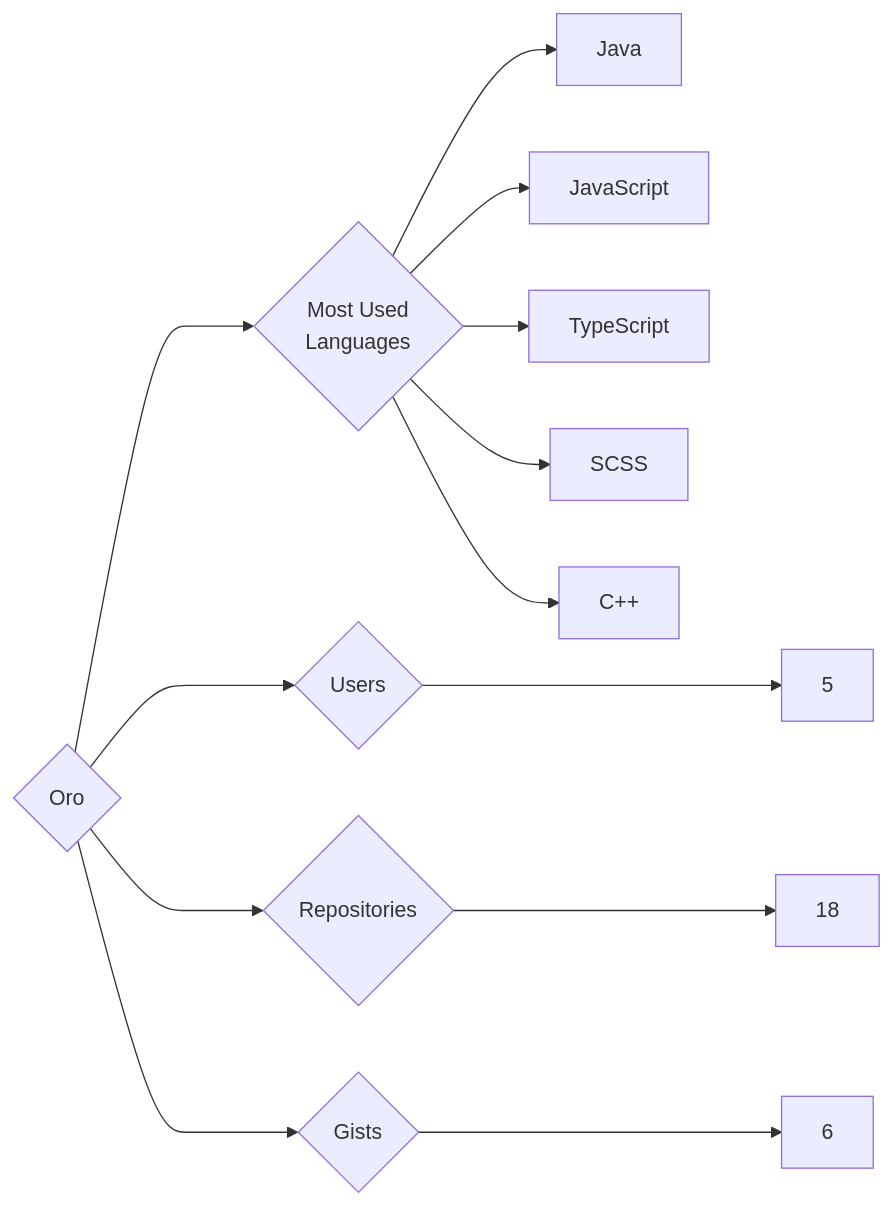
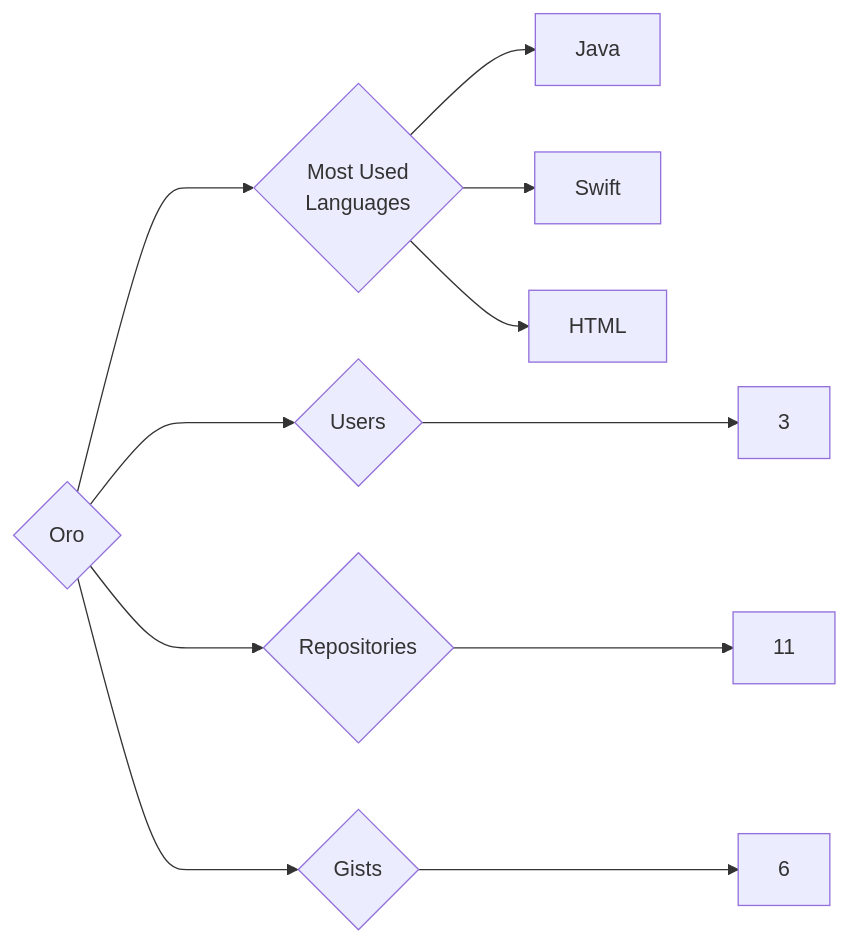
One commit to trickest/insiders changed the diagram in targets/Oro/README.md. Above: the diagram before and after it, drawn with Mermaid. The commit also changed 1248 other files, not shown here.

````diff
--- a/targets/Oro/README.md
+++ b/targets/Oro/README.md
@@ -3,13 +3,11 @@
 ```mermaid
 graph LR
 COMPANY_NAME{Oro}
-COMPANY_NAME ---> U{Users} ---> UN[5]
-COMPANY_NAME ---> R{Repositories} ---> RN[18]
+COMPANY_NAME ---> U{Users} ---> UN[3]
+COMPANY_NAME ---> R{Repositories} ---> RN[11]
 COMPANY_NAME ---> G{Gists} ---> GN[6]
 COMPANY_NAME ---> ML{Most Used<br>Languages}
 ML --> Java[Java]
-ML --> JavaScript[JavaScript]
-ML --> TypeScript[TypeScript]
-ML --> SCSS[SCSS]
-ML --> C++[C++]
+ML --> Swift[Swift]
+ML --> HTML[HTML]
 ```
````
